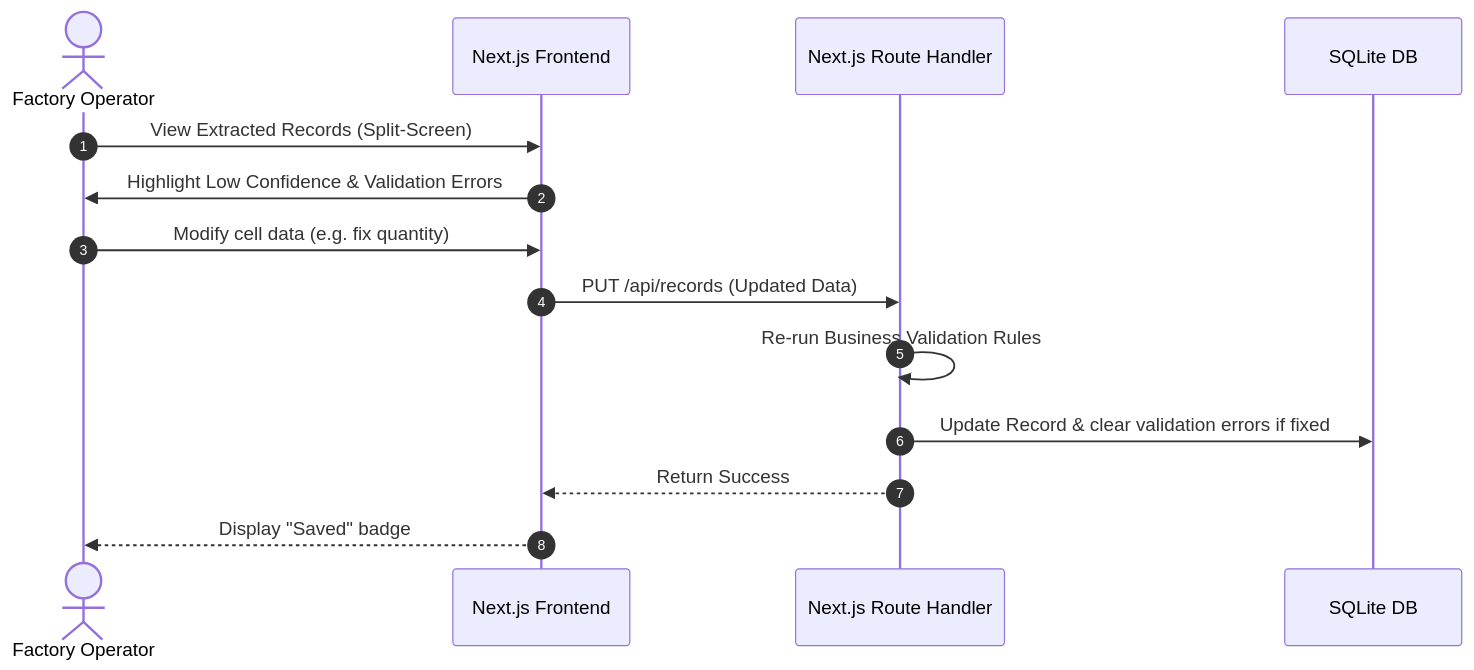
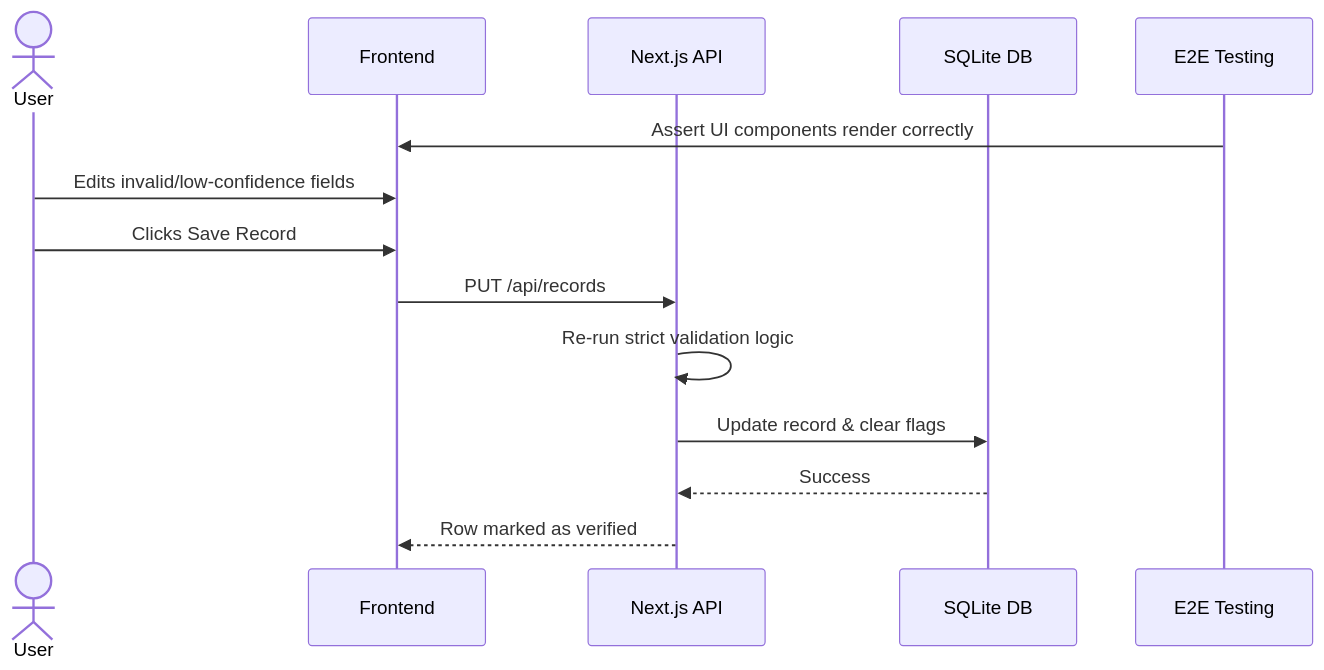
Before and after one commit to nanthitha25/biztelai: the fifth of 8 diagrams in README.md, drawn with Mermaid. The commit also changed other lines of this file and 40 other files, not shown here.

````diff
--- a/README.md
+++ b/README.md
@@ -134,17 +158,17 @@
 ```mermaid
 sequenceDiagram
-    autonumber
-    actor Operator as Factory Operator
-    participant UI as Next.js Frontend
-    participant API as Next.js Route Handler
+    actor User
+    participant UI as Frontend
+    participant API as Next.js API
     participant DB as SQLite DB
+    participant Test as E2E Testing
 
-    Operator->>UI: View Extracted Records (Split-Screen)
-    UI->>Operator: Highlight Low Confidence & Validation Errors
-    Operator->>UI: Modify cell data (e.g. fix quantity)
-    UI->>API: PUT /api/records (Updated Data)
-    API->>API: Re-run Business Validation Rules
-    API->>DB: Update Record & clear validation errors if fixed
-    API-->>UI: Return Success
-    UI-->>Operator: Display "Saved" badge
+    Test->>UI: Assert UI components render correctly
+    User->>UI: Edits invalid/low-confidence fields
+    User->>UI: Clicks Save Record
+    UI->>API: PUT /api/records
+    API->>API: Re-run strict validation logic
+    API->>DB: Update record & clear flags
+    DB-->>API: Success
+    API-->>UI: Row marked as verified
 ```
````
